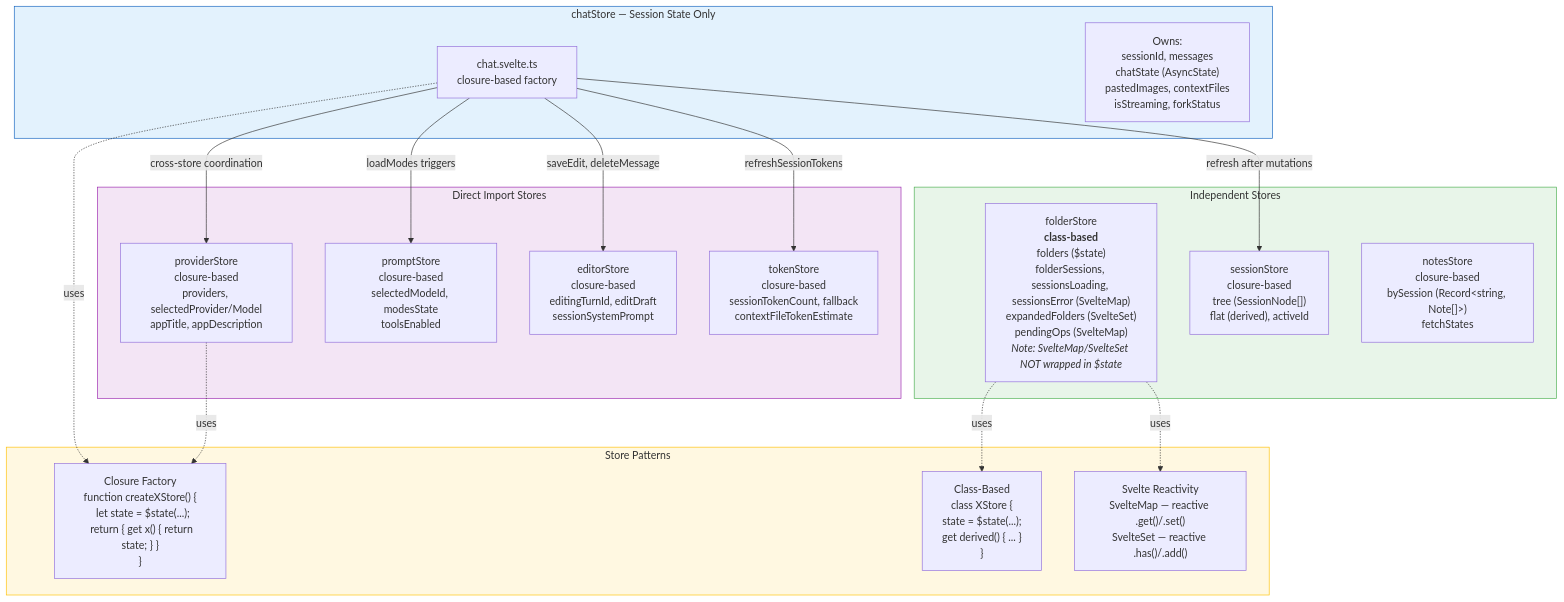
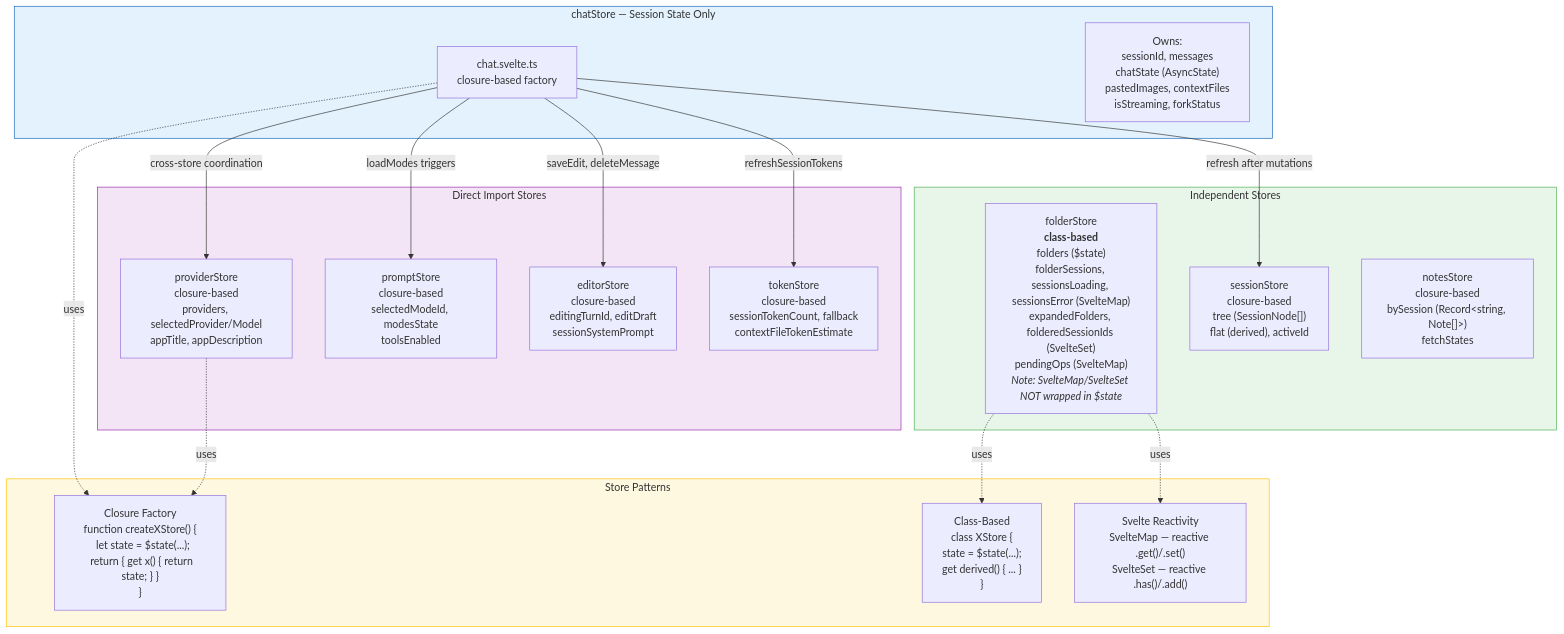
The second of 11 diagrams in kitchen-agent/docs/specs/frontend-diagrams.md (m1981/kuchnie), drawn with Mermaid before and after one commit. The commit also changed other lines of this file and 1 other file, not shown here.

First line of the commit message:
docs: align frontend-diagrams.md with codebase

````diff
--- a/kitchen-agent/docs/specs/frontend-diagrams.md
+++ b/kitchen-agent/docs/specs/frontend-diagrams.md
@@ -132,42 +136,42 @@
 ```mermaid
 graph TB
     subgraph ChatStore["chatStore — Session State Only"]
         ChatCore["chat.svelte.ts<br/>closure-based factory"]
         ChatOwns["Owns:<br/>sessionId, messages<br/>chatState (AsyncState)<br/>pastedImages, contextFiles<br/>isStreaming, forkStatus"]
     end
 
     subgraph DirectStores["Direct Import Stores"]
         ProviderStore["providerStore<br/>closure-based<br/>providers, selectedProvider/Model<br/>appTitle, appDescription"]
         PromptStore["promptStore<br/>closure-based<br/>selectedModeId, modesState<br/>toolsEnabled"]
         EditorStore["editorStore<br/>closure-based<br/>editingTurnId, editDraft<br/>sessionSystemPrompt"]
         TokenStore["tokenStore<br/>closure-based<br/>sessionTokenCount, fallback<br/>contextFileTokenEstimate"]
     end
 
     subgraph Independent["Independent Stores"]
-        FolderStore["folderStore<br/><b>class-based</b><br/>folders ($state)<br/>folderSessions, sessionsLoading, sessionsError (SvelteMap)<br/>expandedFolders (SvelteSet)<br/>pendingOps (SvelteMap)<br/><i>Note: SvelteMap/SvelteSet NOT wrapped in $state</i>"]
+        FolderStore["folderStore<br/><b>class-based</b><br/>folders ($state)<br/>folderSessions, sessionsLoading, sessionsError (SvelteMap)<br/>expandedFolders, folderedSessionIds (SvelteSet)<br/>pendingOps (SvelteMap)<br/><i>Note: SvelteMap/SvelteSet NOT wrapped in $state</i>"]
         SessionStore["sessionStore<br/>closure-based<br/>tree (SessionNode[])<br/>flat (derived), activeId"]
         NotesStore["notesStore<br/>closure-based<br/>bySession (Record&lt;string, Note[]&gt;)<br/>fetchStates"]
     end
 
     subgraph Patterns["Store Patterns"]
         Closure["Closure Factory<br/>function createXStore() {<br/>  let state = $state(...);<br/>  return { get x() { return state; } }<br/>}"]
         ClassBased["Class-Based<br/>class XStore {<br/>  state = $state(...);<br/>  get derived() { ... }<br/>}"]
         SvelteReactivity["Svelte Reactivity<br/>SvelteMap — reactive .get()/.set()<br/>SvelteSet — reactive .has()/.add()"]
     end
 
     ChatCore -->|"cross-store coordination"| ProviderStore
     ChatCore -->|"loadModes triggers"| PromptStore
     ChatCore -->|"saveEdit, deleteMessage"| EditorStore
     ChatCore -->|"refreshSessionTokens"| TokenStore
     ChatCore -->|"refresh after mutations"| SessionStore
 
     FolderStore -.->|"uses"| ClassBased
     FolderStore -.->|"uses"| SvelteReactivity
     ChatCore -.->|"uses"| Closure
     ProviderStore -.->|"uses"| Closure
 
     style ChatStore fill:#e3f2fd,stroke:#1565C0
     style DirectStores fill:#f3e5f5,stroke:#9C27B0
     style Independent fill:#e8f5e9,stroke:#4CAF50
     style Patterns fill:#fff8e1,stroke:#FFC107
 ```
````
